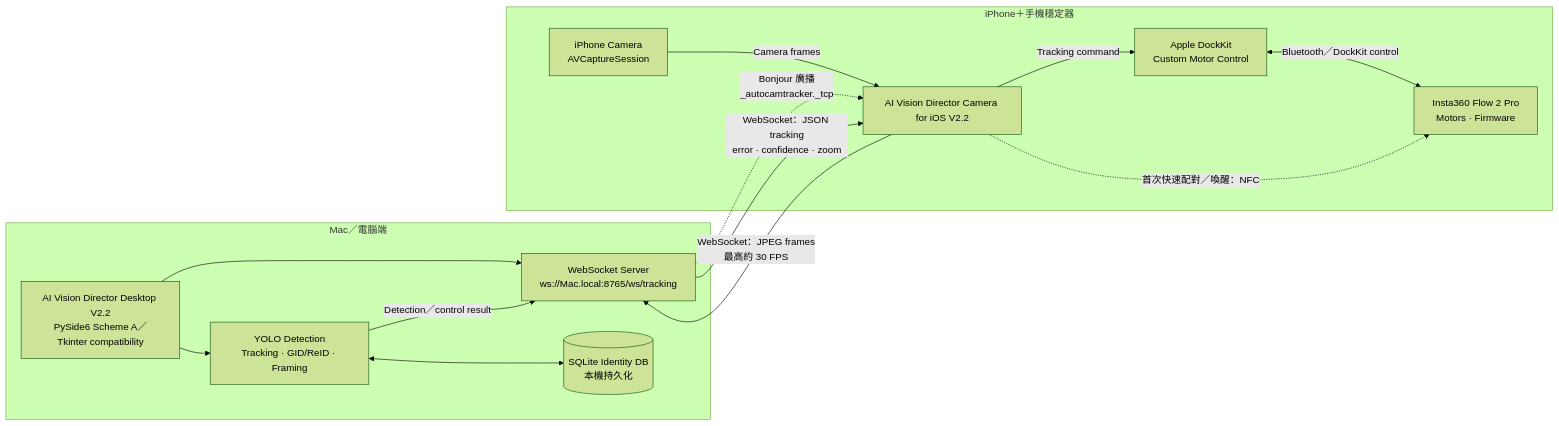
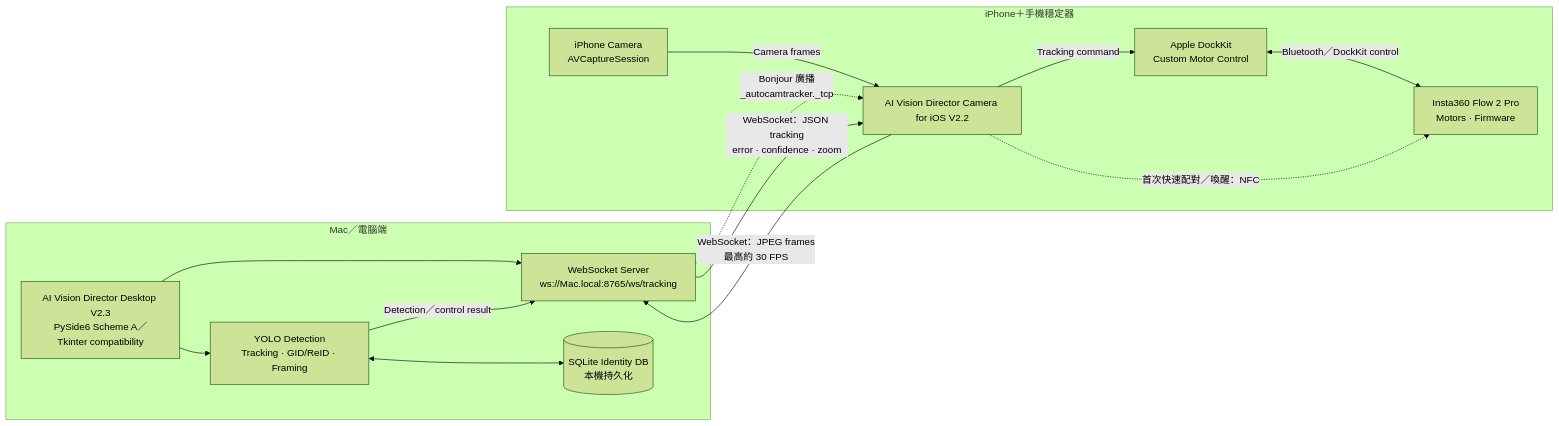
One commit to LN-676/AI-Vision-Director changed the first of 3 diagrams in README.md. Above: the diagram before and after it, drawn with Mermaid (forest theme). The commit also changed other lines of this file and 7 other files, not shown here.

Commit message:
release: AI Vision Director V2.3 progress controls

````diff
--- a/README.md
+++ b/README.md
@@ -22,30 +22,30 @@
 ```mermaid
 flowchart LR
     subgraph COMPUTER["Mac／電腦端"]
-        DESKTOP["AI Vision Director Desktop V2.2<br/>PySide6 Scheme A／Tkinter compatibility"]
+        DESKTOP["AI Vision Director Desktop V2.3<br/>PySide6 Scheme A／Tkinter compatibility"]
         SERVER["WebSocket Server<br/>ws://Mac.local:8765/ws/tracking"]
         AI["YOLO Detection<br/>Tracking · GID/ReID · Framing"]
         DB[("SQLite Identity DB<br/>本機持久化")]
 
         DESKTOP --> SERVER
         DESKTOP --> AI
         AI <--> DB
     end
 
     subgraph MOBILE["iPhone＋手機穩定器"]
         IOS["AI Vision Director Camera for iOS V2.2"]
         CAMERA["iPhone Camera<br/>AVCaptureSession"]
         DOCKKIT["Apple DockKit<br/>Custom Motor Control"]
         GIMBAL["Insta360 Flow 2 Pro<br/>Motors · Firmware"]
 
         CAMERA -->|"Camera frames"| IOS
         IOS -->|"Tracking command"| DOCKKIT
         DOCKKIT <-->|"Bluetooth／DockKit control"| GIMBAL
         IOS -.->|"首次快速配對／喚醒：NFC"| GIMBAL
     end
 
     SERVER -.->|"Bonjour 廣播<br/>_autocamtracker._tcp"| IOS
     IOS -->|"WebSocket：JPEG frames<br/>最高約 30 FPS"| SERVER
     SERVER -->|"WebSocket：JSON tracking<br/>error · confidence · zoom"| IOS
     AI -->|"Detection／control result"| SERVER
 ```
````
